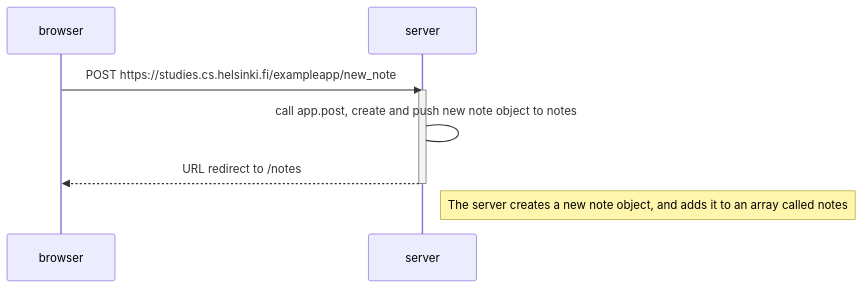
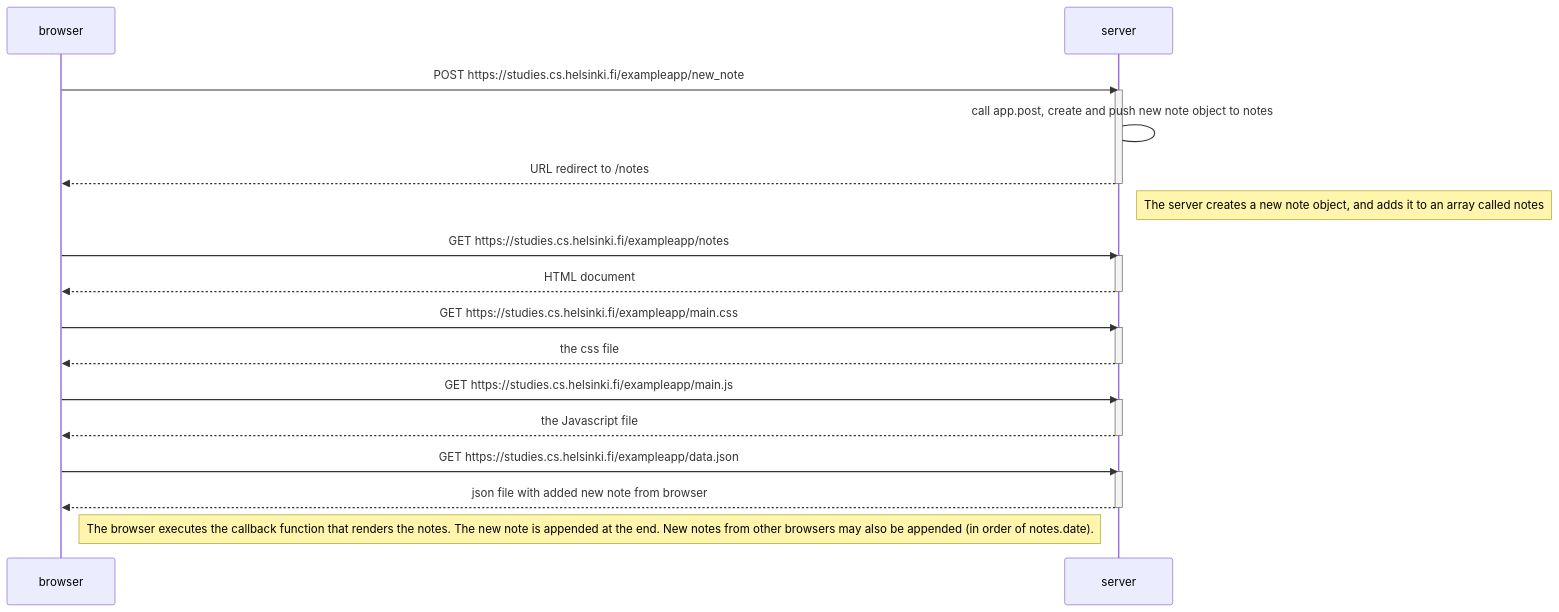
The diagram in part0/4-new-note-diagram.md (vvxhm/Fullstack), drawn with Mermaid before and after one commit.

Commit message:
Finish exercise 0.4

````diff
--- a/part0/4-new-note-diagram.md
+++ b/part0/4-new-note-diagram.md
@@ -1,13 +1,35 @@
 ```mermaid
 sequenceDiagram
     participant browser
     participant server
 
     browser->>server: POST https://studies.cs.helsinki.fi/exampleapp/new_note
     activate server
     server->server: call app.post, create and push new note object to notes
     server-->>browser: URL redirect to /notes
     deactivate server
 
     Note right of server: The server creates a new note object, and adds it to an array called notes
+    
+    browser->>server: GET https://studies.cs.helsinki.fi/exampleapp/notes
+    activate server
+    server-->>browser: HTML document
+    deactivate server
+
+    browser->>server: GET https://studies.cs.helsinki.fi/exampleapp/main.css
+    activate server
+    server-->>browser: the css file
+    deactivate server
+
+    browser->>server: GET https://studies.cs.helsinki.fi/exampleapp/main.js
+    activate server
+    server-->>browser: the Javascript file
+    deactivate server
+
+    browser->>server: GET https://studies.cs.helsinki.fi/exampleapp/data.json
+    activate server
+    server-->>browser: json file with added new note from browser
+    deactivate server
+
+    Note right of browser: The browser executes the callback function that renders the notes. The new note is appended at the end. New notes from other browsers may also be appended (in order of notes.date).
 ```
````
